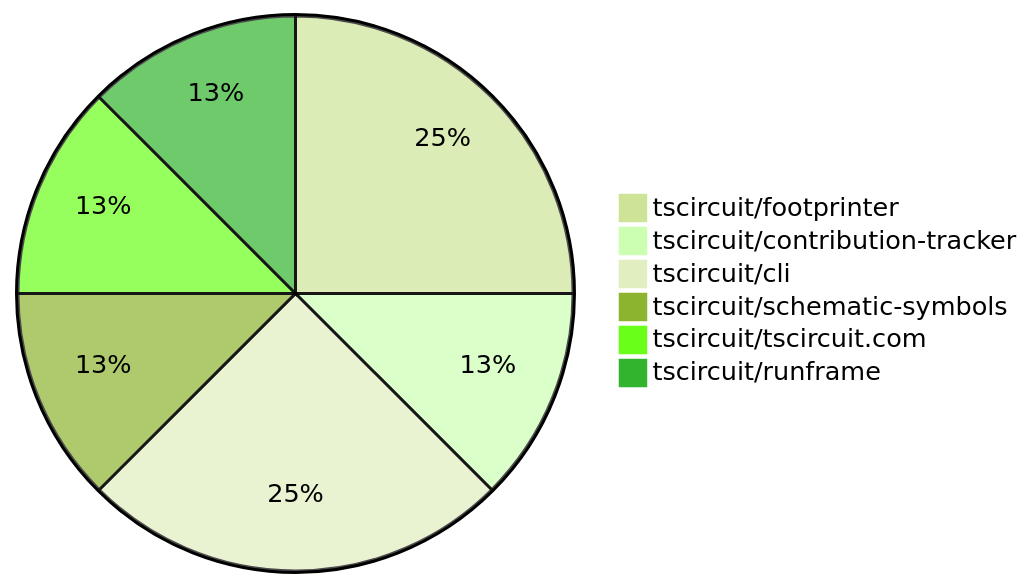
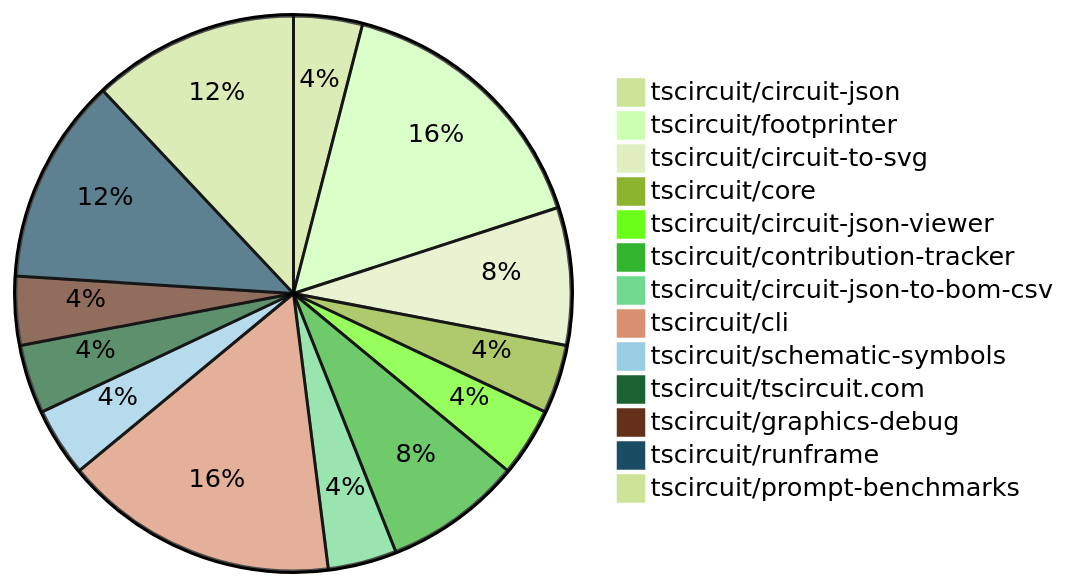
The diagram in contribution-overviews/2025-02-19.md (tscircuit/contribution-tracker), drawn with Mermaid (forest theme) before and after one commit. The commit also changed other lines of this file and 2 other files, not shown here.

Commit message:
Update contribution overviews

````diff
--- a/contribution-overviews/2025-02-19.md
+++ b/contribution-overviews/2025-02-19.md
@@ -5,9 +5,16 @@
 ```mermaid
 pie
-    "tscircuit/footprinter" : 2
-    "tscircuit/contribution-tracker" : 1
-    "tscircuit/cli" : 2
+    "tscircuit/circuit-json" : 1
+    "tscircuit/footprinter" : 4
+    "tscircuit/circuit-to-svg" : 2
+    "tscircuit/core" : 1
+    "tscircuit/circuit-json-viewer" : 1
+    "tscircuit/contribution-tracker" : 2
+    "tscircuit/circuit-json-to-bom-csv" : 1
+    "tscircuit/cli" : 4
     "tscircuit/schematic-symbols" : 1
     "tscircuit/tscircuit.com" : 1
-    "tscircuit/runframe" : 1
+    "tscircuit/graphics-debug" : 1
+    "tscircuit/runframe" : 3
+    "tscircuit/prompt-benchmarks" : 3
 ```
````
